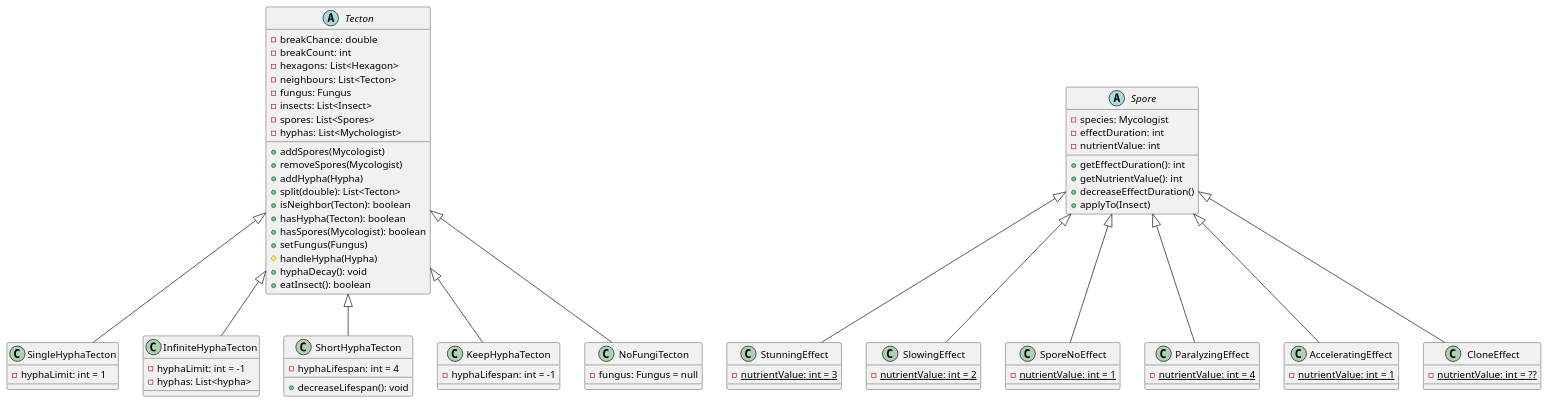
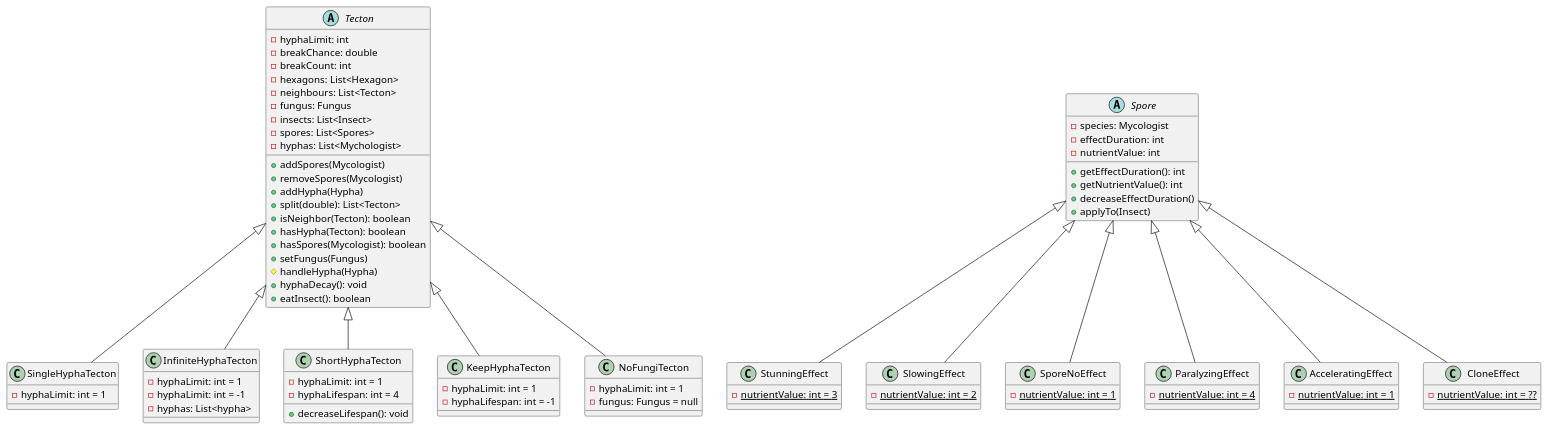
Before and after one commit to hujberhunor/SzomiSztegoProjlab: the diagram in docs/Class/derrived.puml, drawn with PlantUML. The commit also changed 3 other files, not shown here.

```diff
--- a/docs/Class/derrived.puml
+++ b/docs/Class/derrived.puml
@@ -1,72 +1,77 @@
 @startuml
 
 abstract class Tecton {
+    - hyphaLimit: int 
     - breakChance: double
     - breakCount: int
     - hexagons: List<Hexagon>
     - neighbours: List<Tecton>
     - fungus: Fungus
     - insects: List<Insect>
     - spores: List<Spores>
     - hyphas: List<Mychologist>
     + addSpores(Mycologist)
     + removeSpores(Mycologist)
     + addHypha(Hypha)
     + split(double): List<Tecton>
     + isNeighbor(Tecton): boolean
     + hasHypha(Tecton): boolean
     + hasSpores(Mycologist): boolean
     + setFungus(Fungus)
     # handleHypha(Hypha)
     + hyphaDecay(): void
     + eatInsect(): boolean
 }
 class SingleHyphaTecton extends Tecton{
     - hyphaLimit: int = 1
 }
 class InfiniteHyphaTecton  extends Tecton{
+    - hyphaLimit: int = 1
     - hyphaLimit: int = -1
     - hyphas: List<hypha>
 }
 class ShortHyphaTecton  extends Tecton{
+    - hyphaLimit: int = 1
     - hyphaLifespan: int = 4
     + decreaseLifespan(): void 
 }
 class KeepHyphaTecton extends Tecton{ 
+    - hyphaLimit: int = 1
     - hyphaLifespan: int = -1
 }
 class NoFungiTecton extends Tecton{
+    - hyphaLimit: int = 1
     - fungus: Fungus = null
 }
 
 
 abstract class Spore {
     - species: Mycologist
     - effectDuration: int
     - nutrientValue: int
     + getEffectDuration(): int
     + getNutrientValue(): int
     + decreaseEffectDuration()
     + applyTo(Insect)
 }
 
 class StunningEffect extends Spore{
     {static} - nutrientValue: int = 3
 }
 class SlowingEffect extends Spore{
     {static} - nutrientValue: int = 2
 }
 class SporeNoEffect extends Spore{
     {static} - nutrientValue: int = 1
 }
 class ParalyzingEffect extends Spore{
     {static} - nutrientValue: int = 4
 }
 class AcceleratingEffect extends Spore{
     {static} - nutrientValue: int = 1
 }
 class CloneEffect extends Spore{
     {static} - nutrientValue: int = ??
 }
 
 @enduml
```
